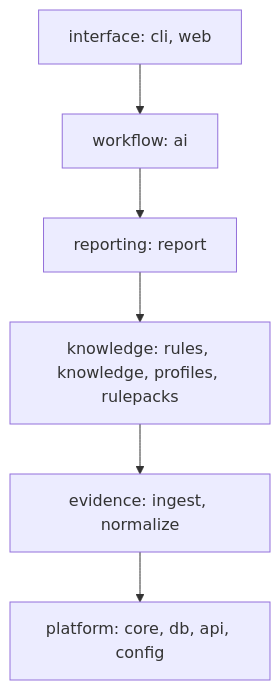
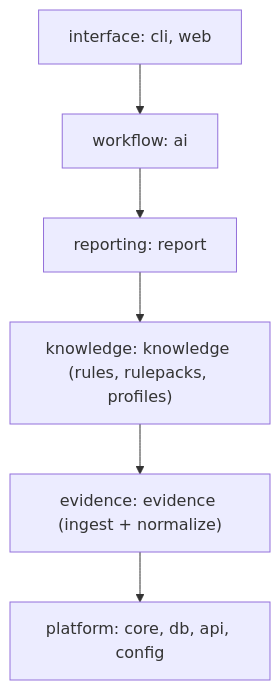
The second of 4 diagrams in docs/architecture.md (sumeshi/forensia), drawn with Mermaid before and after one commit. The commit also changed other lines of this file and 66 other files, not shown here.

````diff
--- a/docs/architecture.md
+++ b/docs/architecture.md
@@ -68,8 +68,8 @@
 ```mermaid
 flowchart TD
     interface["interface: cli, web"] --> workflow["workflow: ai"]
     workflow --> reporting["reporting: report"]
-    reporting --> knowledge["knowledge: rules, knowledge, profiles, rulepacks"]
-    knowledge --> evidence["evidence: ingest, normalize"]
+    reporting --> knowledge["knowledge: knowledge (rules, rulepacks, profiles)"]
+    knowledge --> evidence["evidence: evidence (ingest + normalize)"]
     evidence --> platform["platform: core, db, api, config"]
 ```
````
